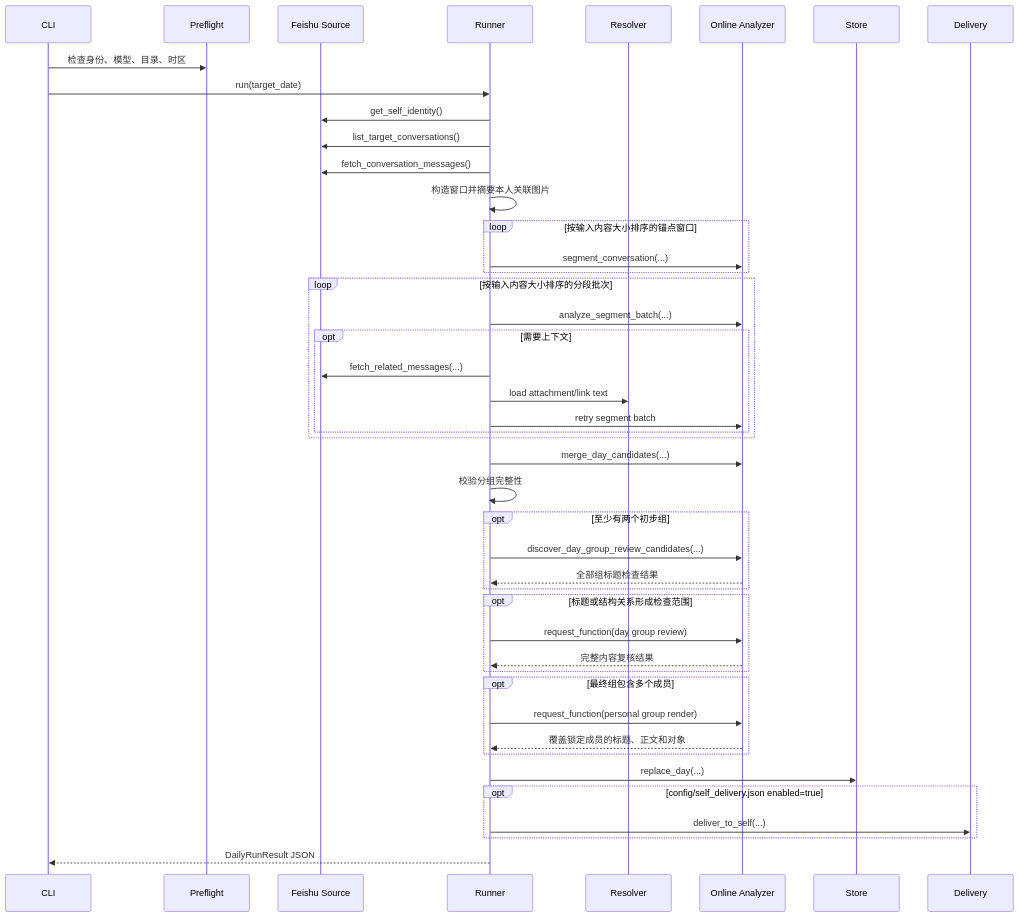
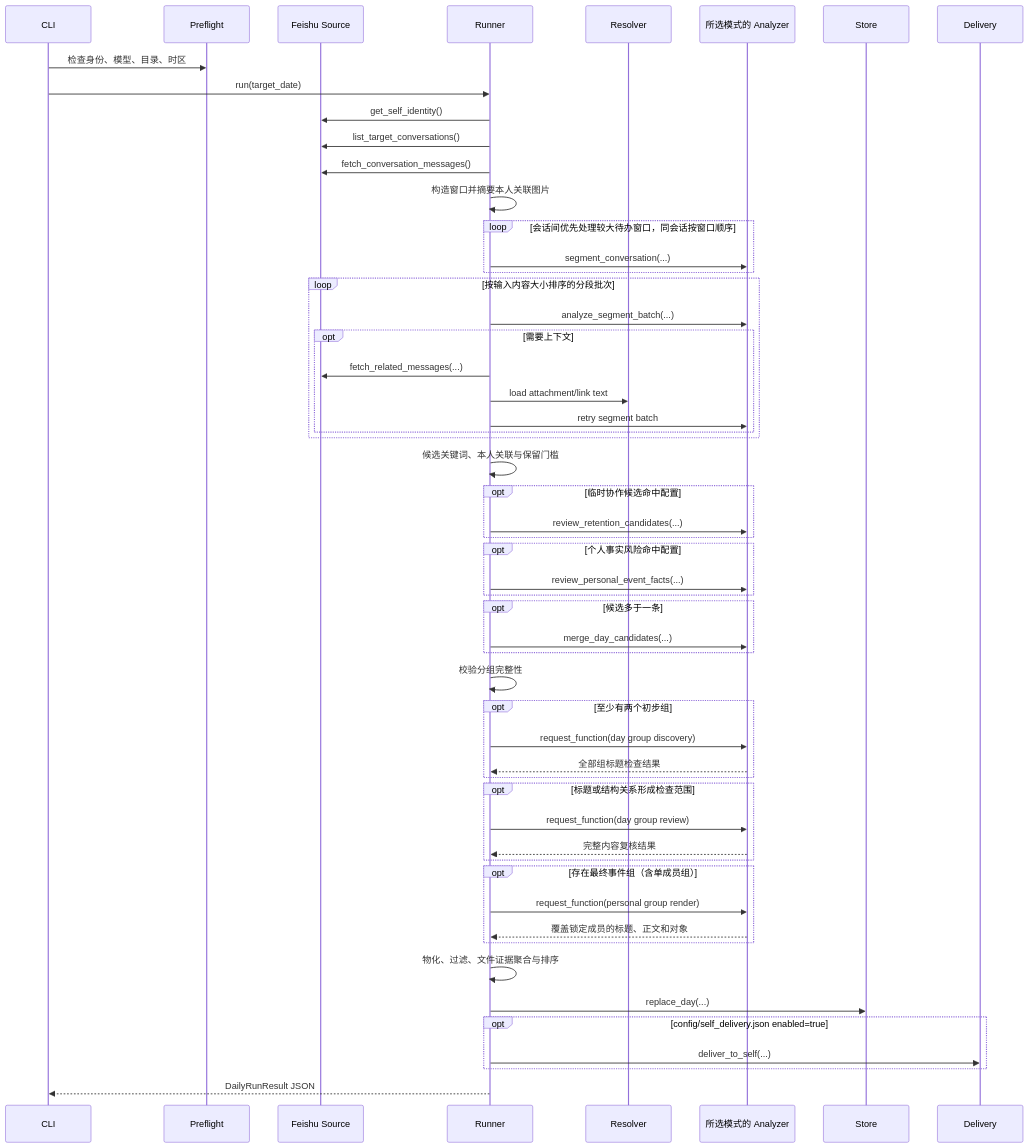
The second of 4 diagrams in docs/detailed-design.md (sunweisheng/WorkTrace), drawn with Mermaid before and after one commit. The commit also changed other lines of this file and 23 other files, not shown here.

````diff
--- a/docs/detailed-design.md
+++ b/docs/detailed-design.md
@@ -57,48 +58,58 @@
 ```mermaid
 sequenceDiagram
     participant CLI
     participant Preflight
     participant Source as Feishu Source
     participant Runner
     participant Resolver
-    participant LLM as Online Analyzer
+    participant LLM as 所选模式的 Analyzer
     participant Store
     participant Delivery
 
     CLI->>Preflight: 检查身份、模型、目录、时区
     CLI->>Runner: run(target_date)
     Runner->>Source: get_self_identity()
     Runner->>Source: list_target_conversations()
     Runner->>Source: fetch_conversation_messages()
     Runner->>Runner: 构造窗口并摘要本人关联图片
-    loop 按输入内容大小排序的锚点窗口
+    loop 会话间优先处理较大待办窗口，同会话按窗口顺序
         Runner->>LLM: segment_conversation(...)
     end
     loop 按输入内容大小排序的分段批次
         Runner->>LLM: analyze_segment_batch(...)
         opt 需要上下文
             Runner->>Source: fetch_related_messages(...)
             Runner->>Resolver: load attachment/link text
             Runner->>LLM: retry segment batch
         end
     end
-    Runner->>LLM: merge_day_candidates(...)
+    Runner->>Runner: 候选关键词、本人关联与保留门槛
+    opt 临时协作候选命中配置
+        Runner->>LLM: review_retention_candidates(...)
+    end
+    opt 个人事实风险命中配置
+        Runner->>LLM: review_personal_event_facts(...)
+    end
+    opt 候选多于一条
+        Runner->>LLM: merge_day_candidates(...)
+    end
     Runner->>Runner: 校验分组完整性
     opt 至少有两个初步组
-        Runner->>LLM: discover_day_group_review_candidates(...)
+        Runner->>LLM: request_function(day group discovery)
         LLM-->>Runner: 全部组标题检查结果
     end
     opt 标题或结构关系形成检查范围
         Runner->>LLM: request_function(day group review)
         LLM-->>Runner: 完整内容复核结果
     end
-    opt 最终组包含多个成员
+    opt 存在最终事件组（含单成员组）
         Runner->>LLM: request_function(personal group render)
         LLM-->>Runner: 覆盖锁定成员的标题、正文和对象
     end
+    Runner->>Runner: 物化、过滤、文件证据聚合与排序
     Runner->>Store: replace_day(...)
     opt config/self_delivery.json enabled=true
         Runner->>Delivery: deliver_to_self(...)
     end
     Runner-->>CLI: DailyRunResult JSON
 ```
````
